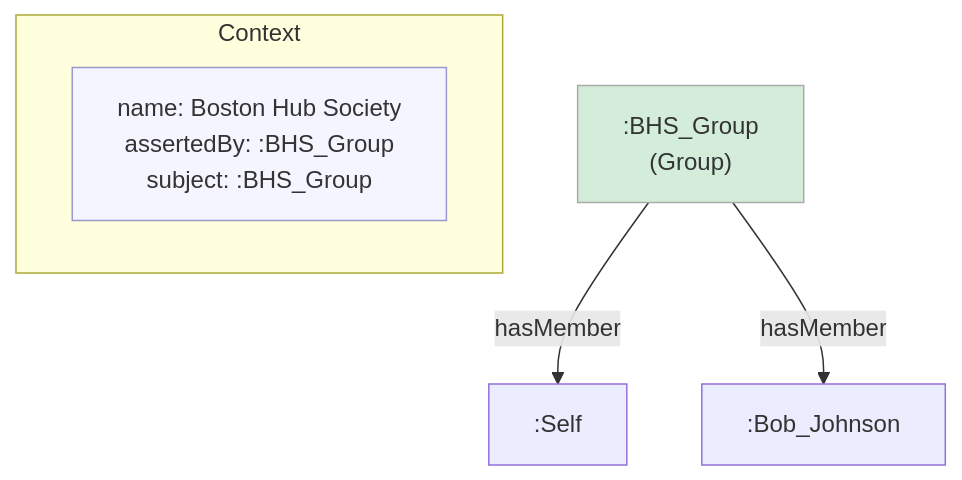
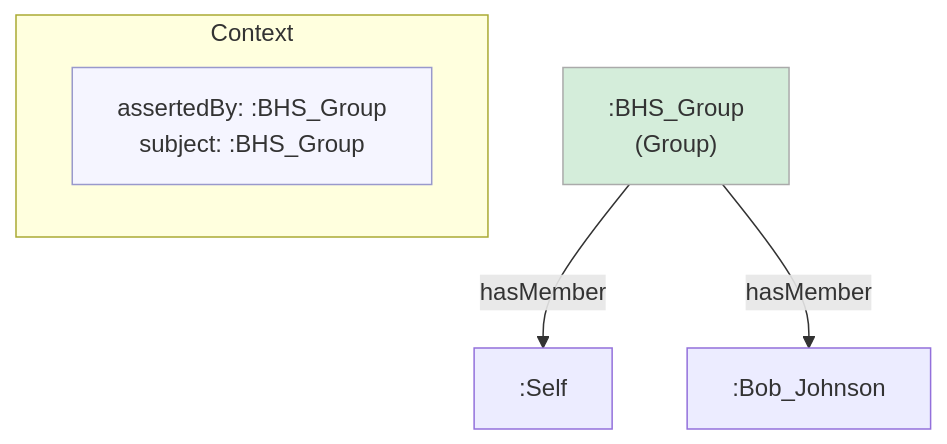
One commit to MeeFoundation/mia-ontologies changed the diagram in example/contexts/images/08-bhs(bhs)members.mmd. Above: the diagram before and after it, drawn with Mermaid. The commit also changed 118 other files, not shown here.

```diff
--- a/example/contexts/images/08-bhs(bhs)members.mmd
+++ b/example/contexts/images/08-bhs(bhs)members.mmd
@@ -1,18 +1,18 @@
 flowchart TD
     classDef person fill:#fffacd,stroke:#aaa,color:#333
     classDef grp    fill:#d4edda,stroke:#aaa,color:#333
     classDef org    fill:#cce5ff,stroke:#aaa,color:#333
     classDef lit    fill:none,stroke:none,font-style:italic,color:#2a7a2a
     classDef meta   fill:#f5f5ff,stroke:#9999cc,color:#333
 
     subgraph ctx["Context"]
         direction LR
-        ctx_meta["name: Boston Hub Society\nassertedBy: :BHS_Group\nsubject: :BHS_Group"]:::meta
+        ctx_meta["assertedBy: :BHS_Group\nsubject: :BHS_Group"]:::meta
     end
 
     n1f280731bedf[":BHS_Group\n(Group)"]:::grp
     n89768dce3f8b[":Self"]
     ncea94215aa38[":Bob_Johnson"]
 
     n1f280731bedf -->|"hasMember"| n89768dce3f8b
     n1f280731bedf -->|"hasMember"| ncea94215aa38
```
